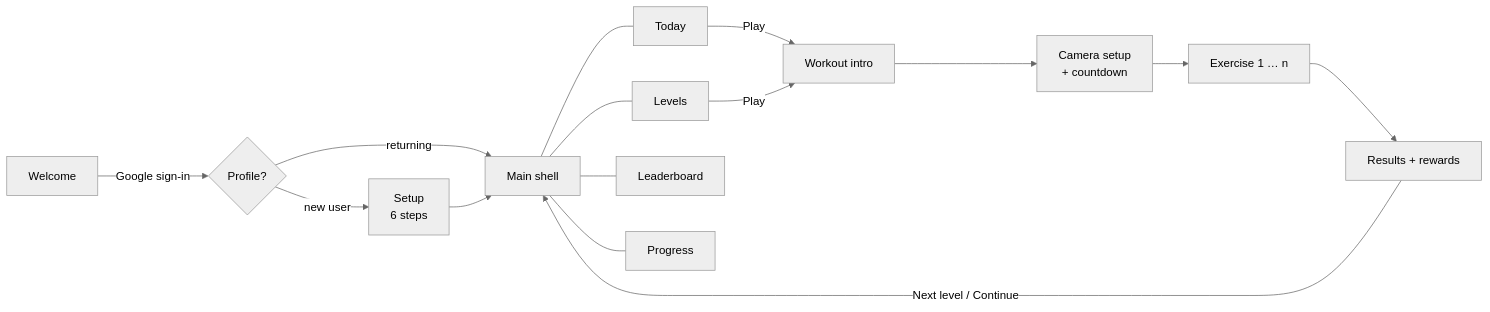
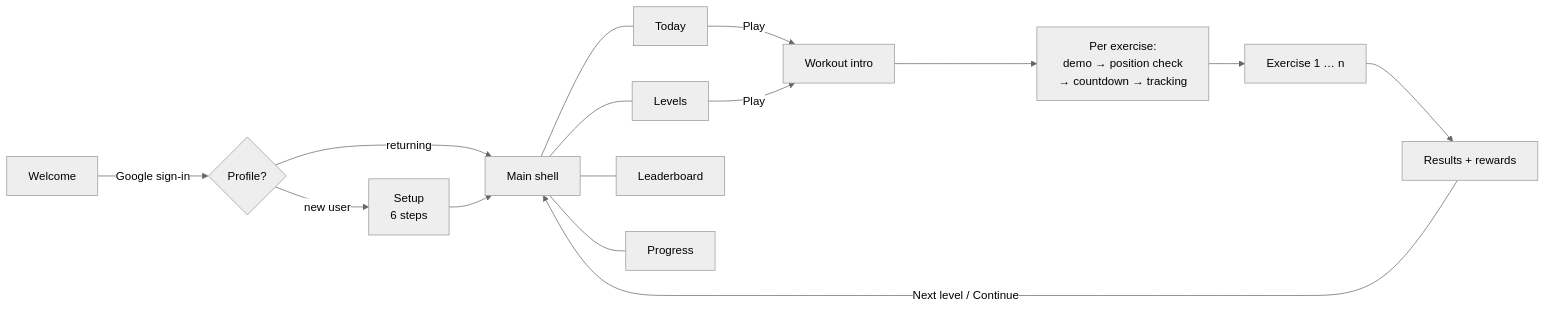
Before and after one commit to ankitpokhrel08/TOFU: the diagram in README.md, drawn with Mermaid (neutral theme). The commit also changed other lines of this file and 74 other files, not shown here.

First line of the commit message:
feat: rename to tofu, add voice coaching and per-exercise intro

````diff
--- a/README.md
+++ b/README.md
@@ -87,16 +90,16 @@
 ```mermaid
 flowchart LR
     A[Welcome] -- "Google sign-in" --> B{Profile?}
     B -- "new user" --> C[Setup<br/>6 steps]
     B -- "returning" --> D[Main shell]
     C --> D
     D --- T1[Today]
     D --- T2[Levels]
     D --- T3[Leaderboard]
     D --- T4[Progress]
     T1 & T2 -- "Play" --> L[Workout intro]
-    L --> K[Camera setup<br/>+ countdown]
+    L --> K[Per exercise:<br/>demo → position check<br/>→ countdown → tracking]
     K --> W[Exercise 1 … n]
     W --> R[Results + rewards]
     R -- "Next level / Continue" --> D
 ```
````
